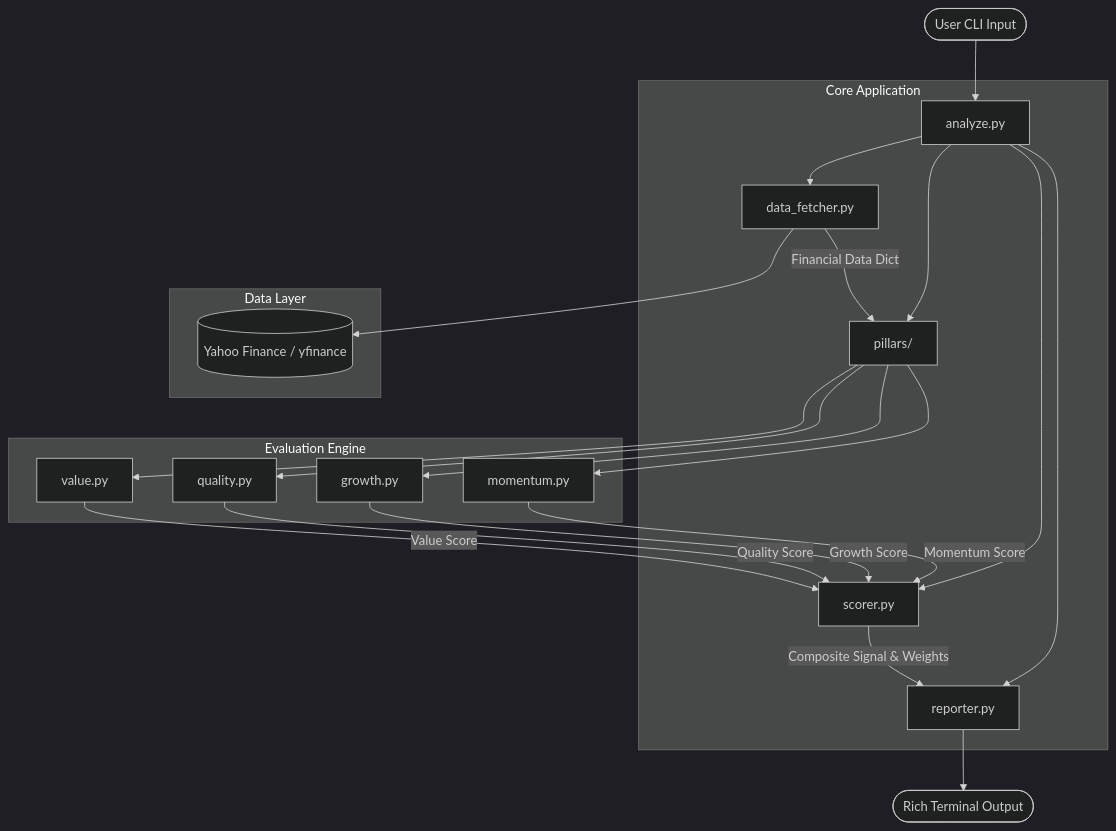
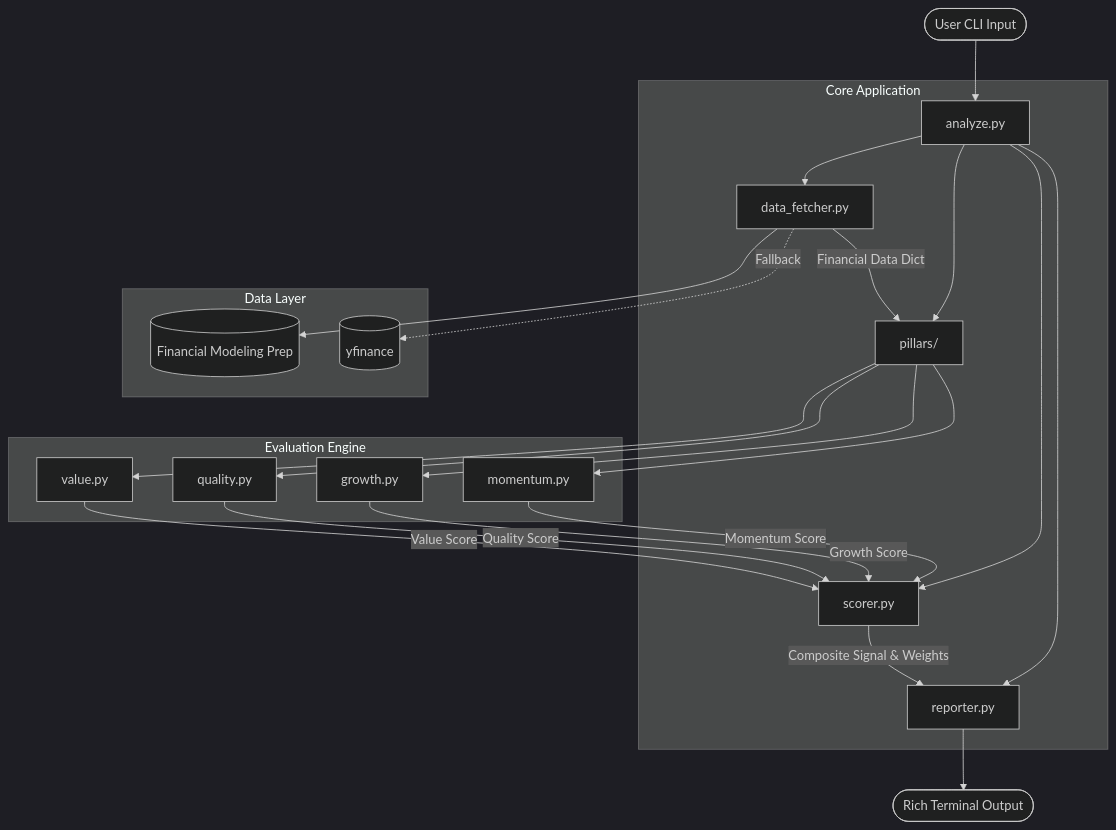
The diagram in README.md (mkriteja/stock-evaluator), drawn with Mermaid (dark theme) before and after one commit.

Commit message:
Update Mermaid architecture diagram to reflect FMP data layer

````diff
--- a/README.md
+++ b/README.md
@@ -22,31 +22,32 @@
 ```mermaid
 graph TD
     User([User CLI Input]) --> Main[analyze.py]
     
     subgraph Core Application
         Main --> Fetcher[data_fetcher.py]
         Main --> Pillars[pillars/]
         Main --> Scorer[scorer.py]
         Main --> UI[reporter.py]
     end
 
     subgraph Data Layer
-        Fetcher --> YF[(Yahoo Finance / yfinance)]
+        Fetcher --> FMP[(Financial Modeling Prep)]
+        Fetcher -.Fallback.-> YF[(yfinance)]
     end
 
     subgraph Evaluation Engine
         Pillars --> Val[value.py]
         Pillars --> Qual[quality.py]
         Pillars --> Gro[growth.py]
         Pillars --> Mom[momentum.py]
     end
     
     Fetcher -- Financial Data Dict --> Pillars
     Val -- Value Score --> Scorer
     Qual -- Quality Score --> Scorer
     Gro -- Growth Score --> Scorer
     Mom -- Momentum Score --> Scorer
     
     Scorer -- Composite Signal & Weights --> UI
     UI --> Output([Rich Terminal Output])
 ```
````
